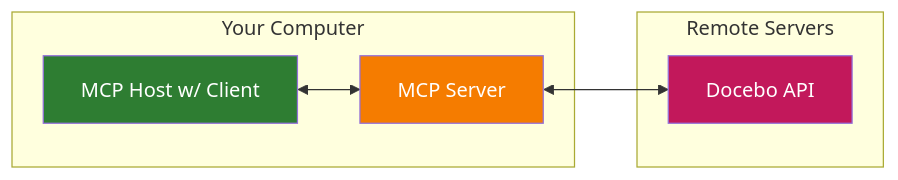
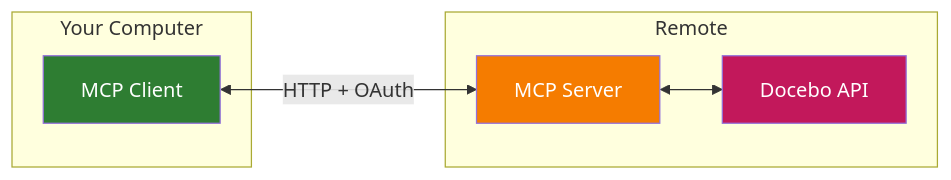
Before and after one commit to riccardo-larosa/docebo-mcp-server: the diagram in README.md, drawn with Mermaid. The commit also changed other lines of this file and 9 other files, not shown here.

````diff
--- a/README.md
+++ b/README.md
@@ -177,18 +150,18 @@
 ```mermaid
 graph LR
     subgraph "Your Computer"
-        C1[MCP Host w/ Client]
-        S1[MCP Server]
+        C1[MCP Client]
     end
 
-    subgraph "Remote Servers"
+    subgraph "Remote"
+        S1[MCP Server]
         API1[Docebo API]
     end
 
-    C1 <--> S1
+    C1 <-->|HTTP + OAuth| S1
     S1 <--> API1
 
   style C1 fill:#2e7d32,color:#ffffff
   style S1 fill:#f57c00,color:#ffffff
   style API1 fill:#c2185b,color:#ffffff
 ```
````
